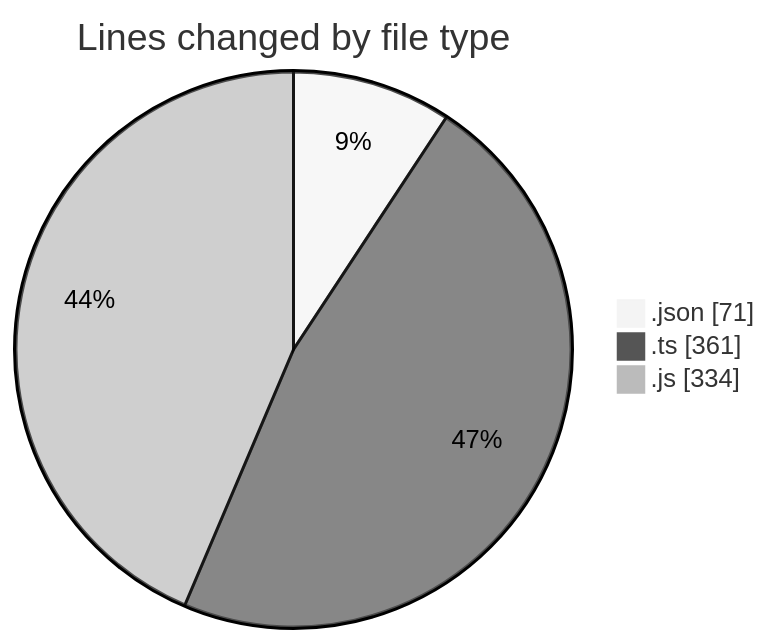
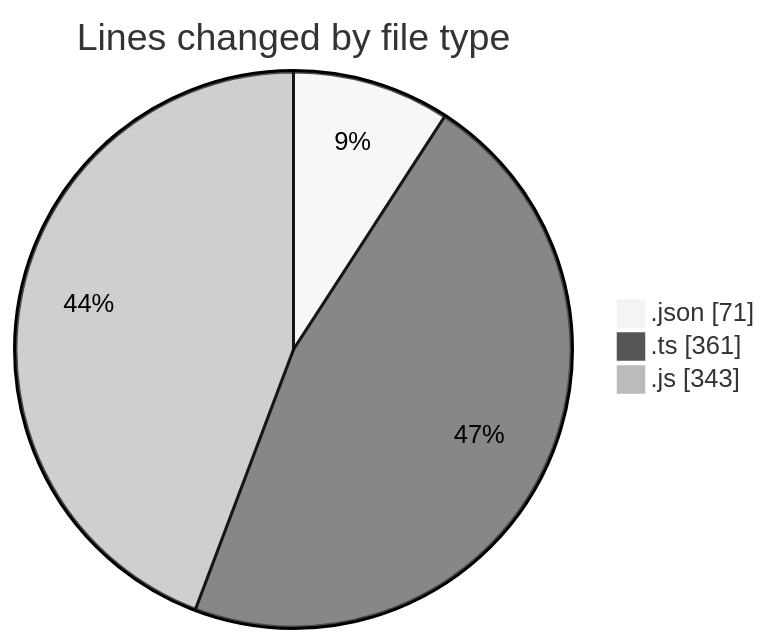
Before and after one commit to momahboobian/code-tracking: the first of 2 diagrams in 2025-02-06/cda/README.md, drawn with Mermaid (neutral theme). The commit also changed other lines of this file and 1 other file, not shown here.

````diff
--- a/2025-02-06/cda/README.md
+++ b/2025-02-06/cda/README.md
@@ -27,7 +27,7 @@
 ```mermaid
 pie showData
 title Lines changed by file type
 ".json" : 71
 ".ts" : 361
-".js" : 334
+".js" : 343
 ```
````
